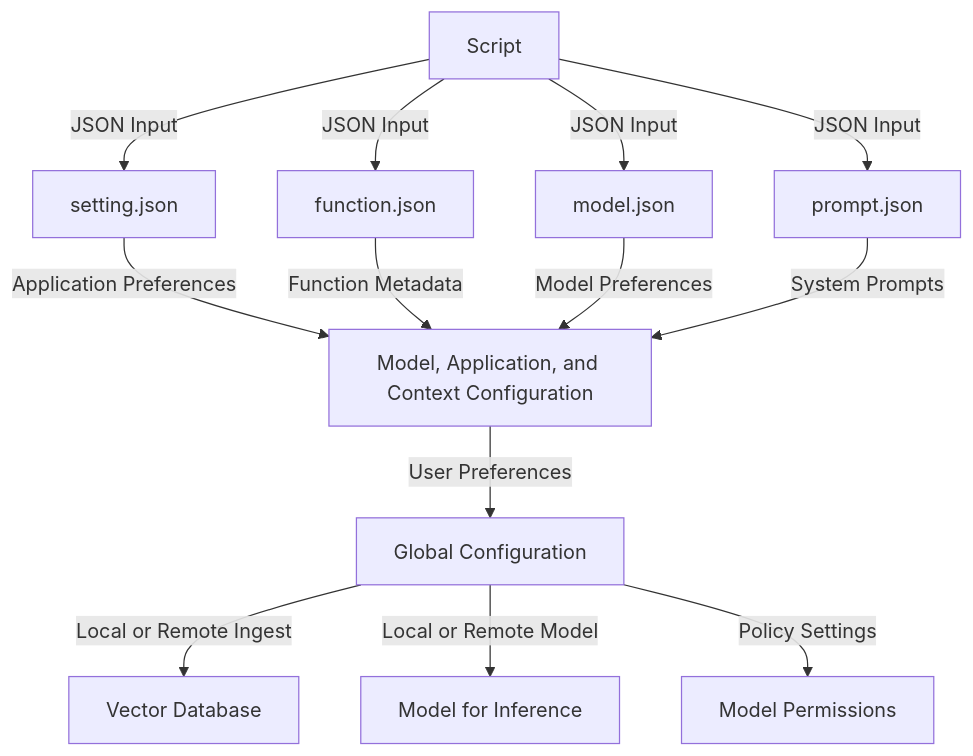
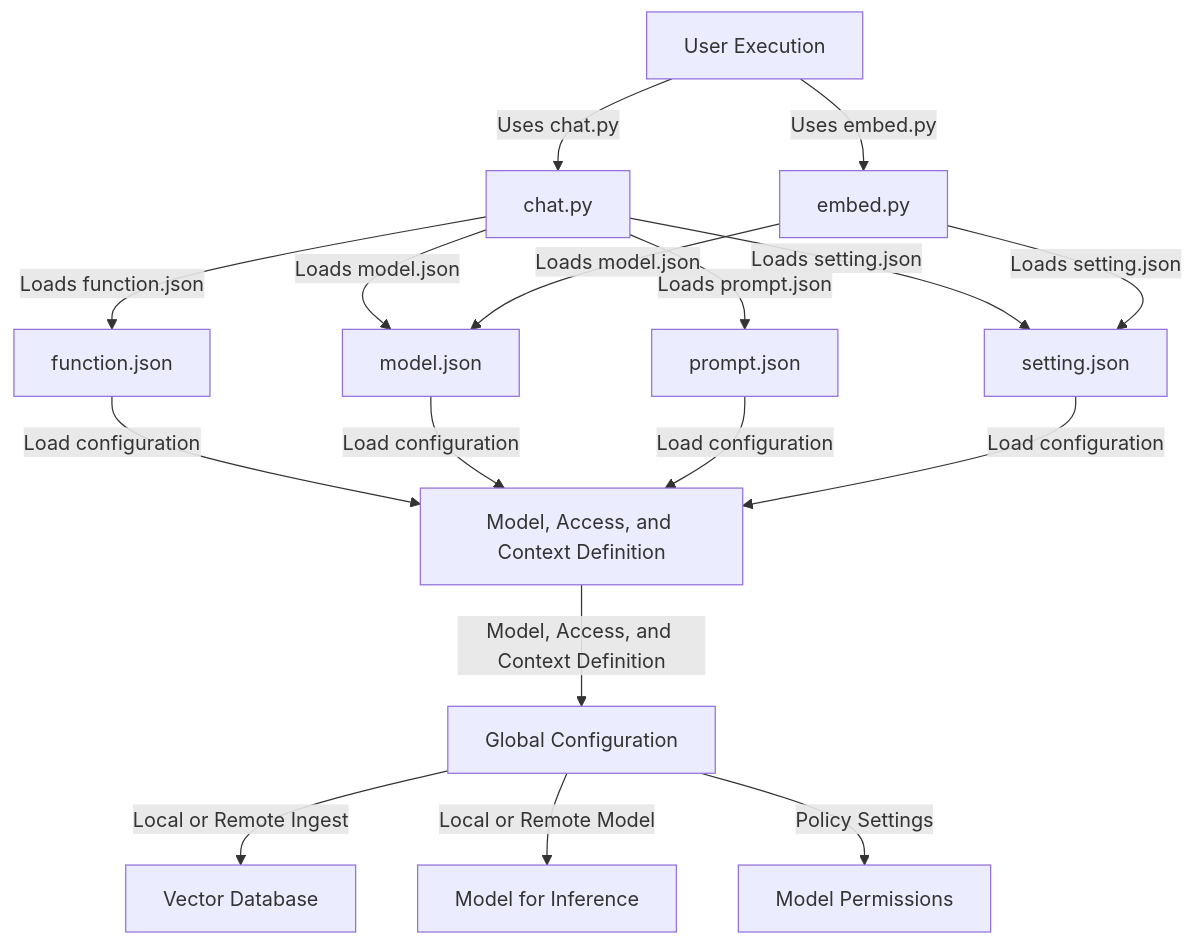
Before and after one commit to teleprint-me/py.gpt.prompt: the diagram in docs/mermaid/settings.mmd, drawn with Mermaid.

Commit message:
docs: Add detailed settings revision

```diff
--- a/docs/mermaid/settings.mmd
+++ b/docs/mermaid/settings.mmd
@@ -1,13 +1,17 @@
 graph TB
-  script["Script"] -- "JSON Input" --> functionJson["function.json"]
-  script -- "JSON Input" --> modelJson["model.json"]
-  script -- "JSON Input" --> promptJson["prompt.json"]
-  script -- "JSON Input" --> settingJson["setting.json"]
-  settingJson -- "Application Preferences" --> macd
-  functionJson -- "Function Metadata" --> macd["Model, Application, and Context Configuration"]
-  modelJson -- "Model Preferences" --> macd
-  promptJson -- "System Prompts" --> macd
-  macd -- "User Preferences" --> globalConfig["Global Configuration"]
+  userExec["User Execution"] -- "Uses chat.py" --> chatPy["chat.py"]
+  userExec -- "Uses embed.py" --> embedPy["embed.py"]
+  chatPy -- "Loads function.json" --> functionJson["function.json"]
+  chatPy -- "Loads model.json" --> modelJson["model.json"]
+  chatPy -- "Loads prompt.json" --> promptJson["prompt.json"]
+  chatPy -- "Loads setting.json" --> settingJson["setting.json"]
+  embedPy -- "Loads model.json" --> modelJson
+  embedPy -- "Loads setting.json" --> settingJson
+  functionJson -- "Load configuration" --> macd[Model, Access, and Context Definition]
+  modelJson -- "Load configuration" --> macd
+  promptJson -- "Load configuration" --> macd
+  settingJson -- "Load configuration" --> macd
+  macd -- "Model, Access, and Context Definition" --> globalConfig[Global Configuration]
   globalConfig -- "Local or Remote Ingest" --> vectorDb["Vector Database"]
   globalConfig -- "Local or Remote Model" --> inferenceModel["Model for Inference"]
   globalConfig -- "Policy Settings" --> modelPermissions["Model Permissions"]
```
